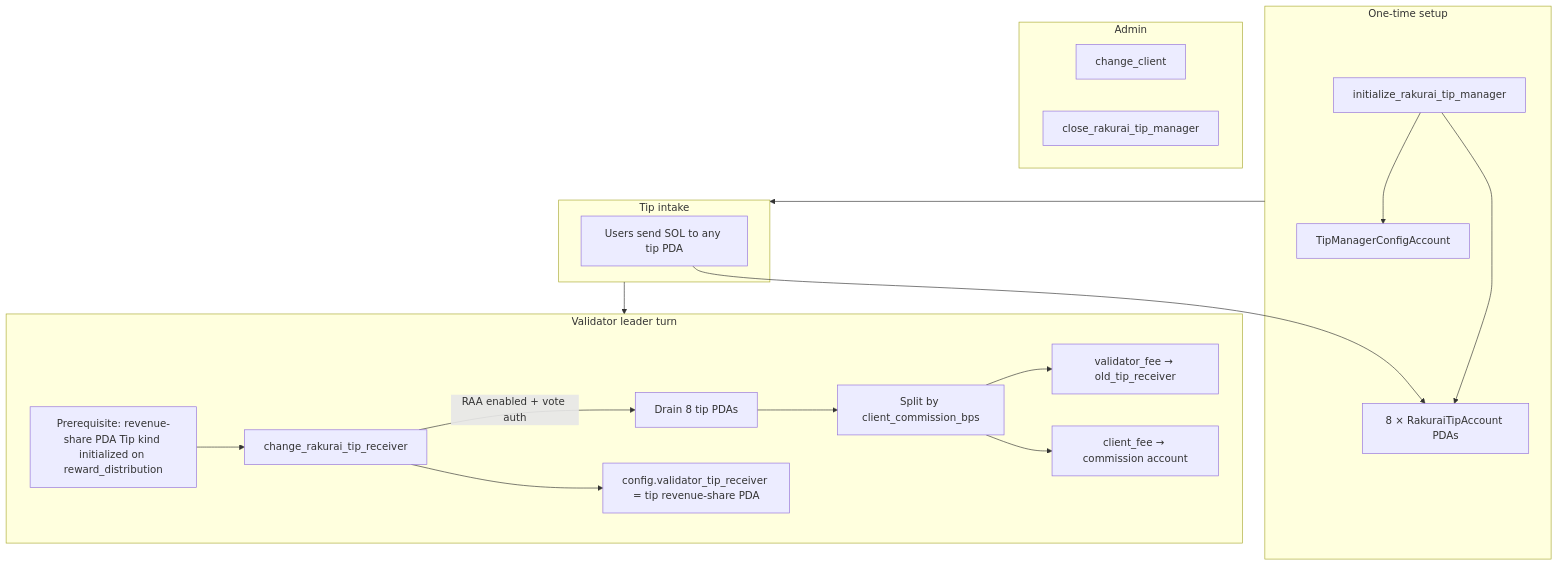
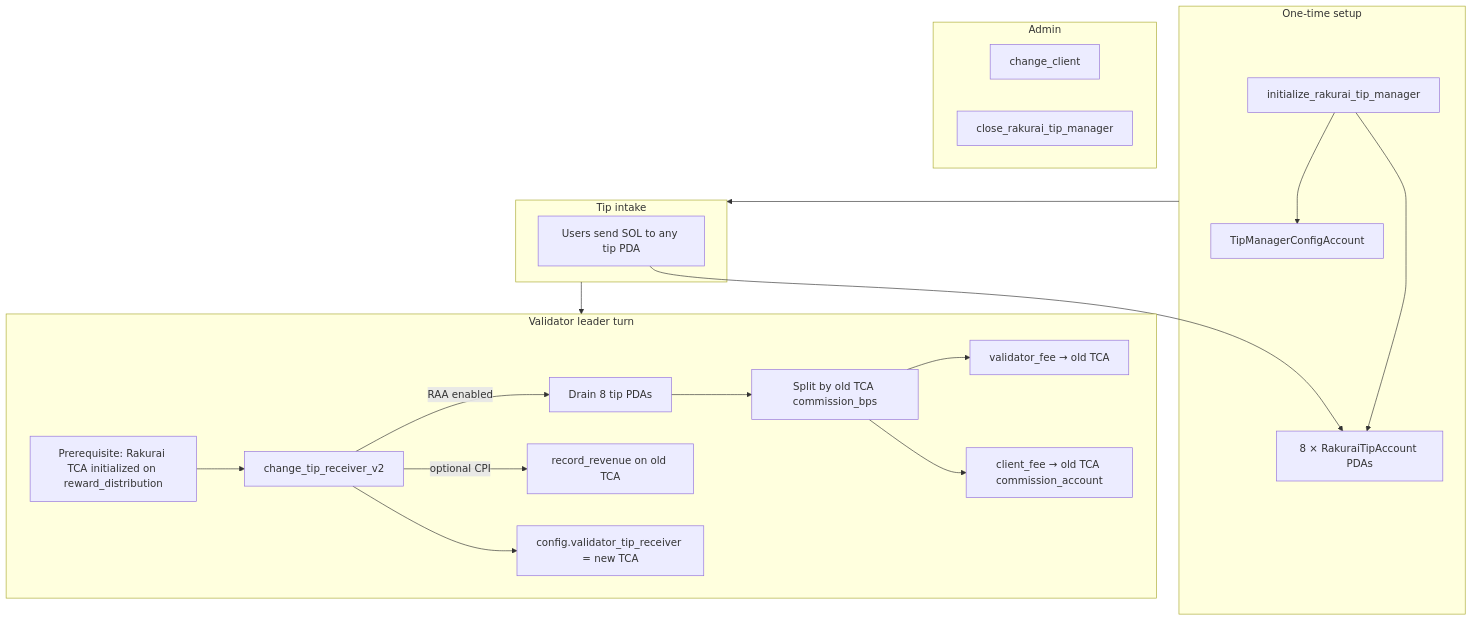
The third of 4 diagrams in diagram/program-flow-diagrams.md (rakurai-io/rakurai_programs), drawn with Mermaid before and after one commit. The commit also changed other lines of this file and 5 other files, not shown here.

Commit message:
initial commmit: added change_tip_receiver_v2 and use commission based on TCA value

````diff
--- a/diagram/program-flow-diagrams.md
+++ b/diagram/program-flow-diagrams.md
@@ -109,32 +112,33 @@
 ```mermaid
 flowchart TD
     subgraph setup [One-time setup]
         T0[initialize_rakurai_tip_manager]
         T0 --> CFG[TipManagerConfigAccount]
         T0 --> TIPS[8 × RakuraiTipAccount PDAs]
     end
 
     subgraph users [Tip intake]
         U1[Users send SOL to any tip PDA]
         U1 --> TIPS
     end
 
     subgraph drain [Validator leader turn]
-        PRE[Prerequisite: revenue-share PDA Tip kind initialized on reward_distribution]
-        V1[change_rakurai_tip_receiver]
-        V1 -->|RAA enabled + vote auth| DRAIN[Drain 8 tip PDAs]
-        DRAIN --> SPLIT[Split by client_commission_bps]
-        SPLIT --> OLD[validator_fee → old_tip_receiver]
-        SPLIT --> BB[client_fee → commission account]
-        V1 --> CFG2[config.validator_tip_receiver = tip revenue-share PDA]
+        PRE[Prerequisite: Rakurai TCA initialized on reward_distribution]
+        V2[change_tip_receiver_v2]
+        V2 -->|RAA enabled| DRAIN[Drain 8 tip PDAs]
+        DRAIN --> SPLIT[Split by old TCA commission_bps]
+        SPLIT --> OLD[validator_fee → old TCA]
+        SPLIT --> BB[client_fee → old TCA commission_account]
+        V2 -->|optional CPI| REC[record_revenue on old TCA]
+        V2 --> CFG2[config.validator_tip_receiver = new TCA]
     end
 
     subgraph admin [Admin]
         A1[change_client]
         A2[close_rakurai_tip_manager]
     end
 
     setup --> users
     users --> drain
-    PRE --> V1
+    PRE --> V2
 ```
````
